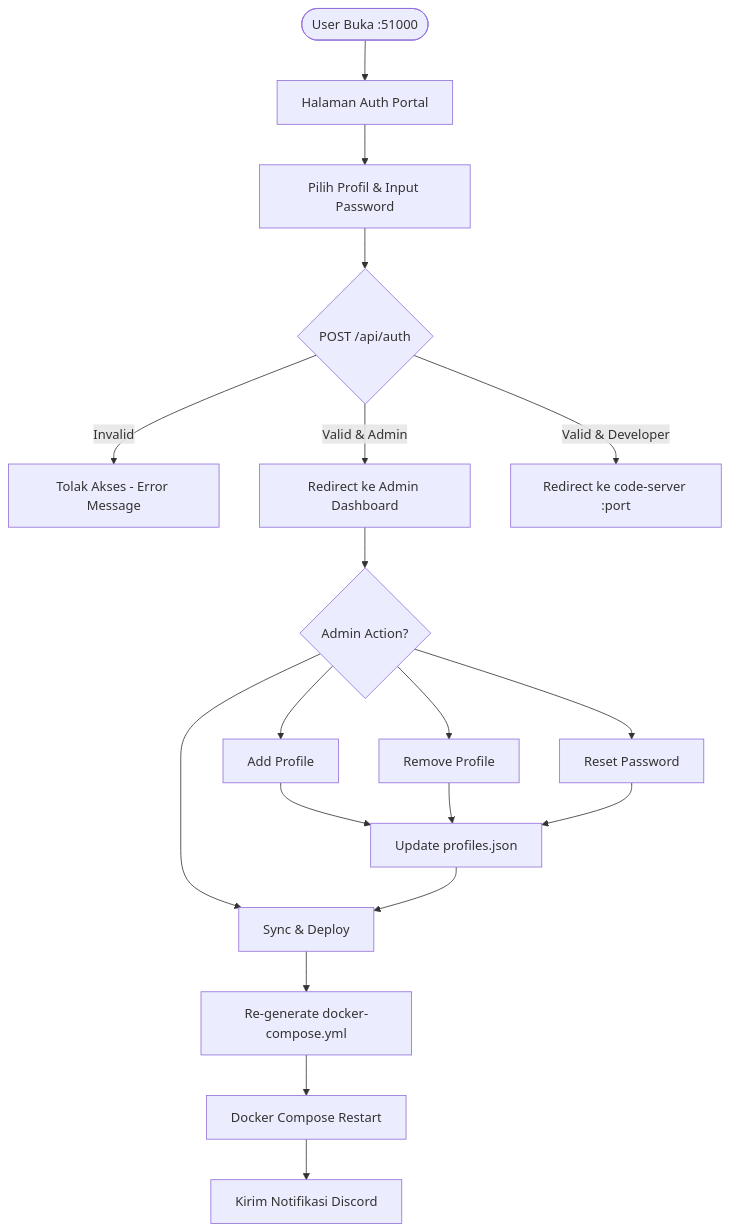
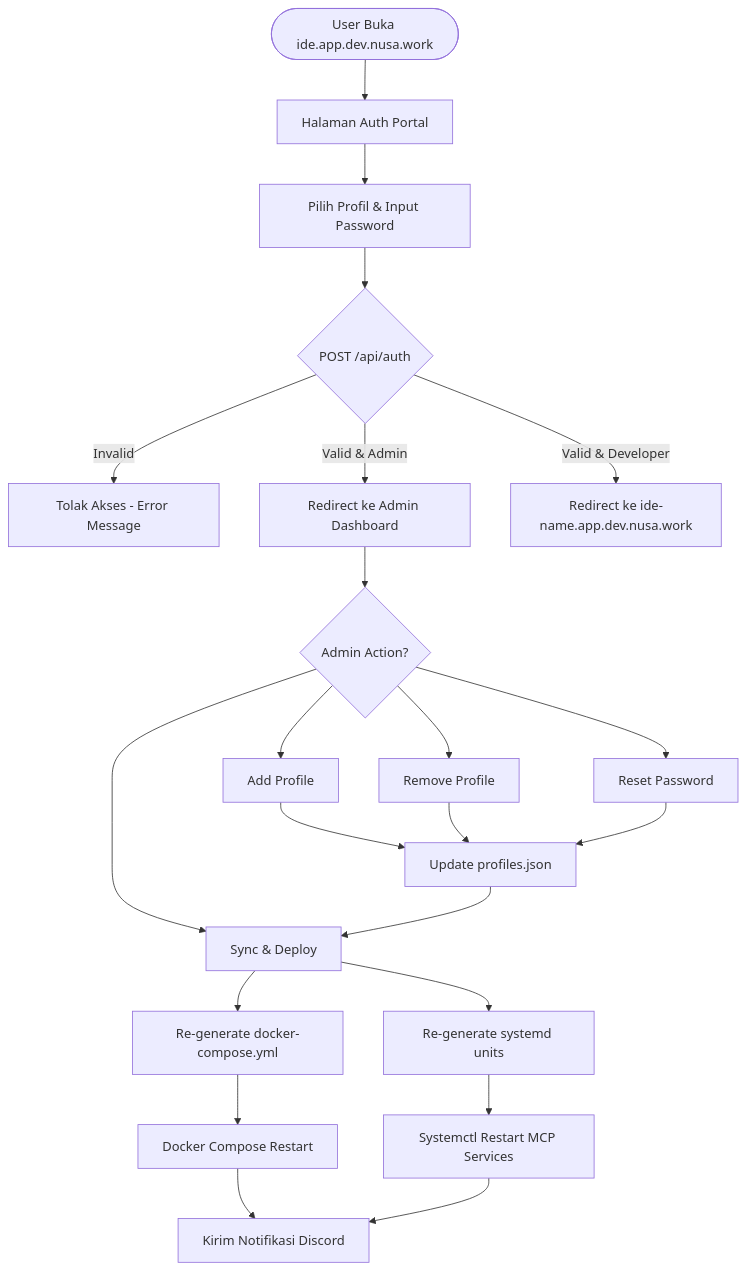
The third of 4 diagrams in PRD.md (riod94/hermes-ide), drawn with Mermaid before and after one commit. The commit also changed other lines of this file and 9 other files, not shown here.

First line of the commit message:
docs: update PRD v2.0 — hybrid architecture (Docker + standalone MCP service)

````diff
--- a/PRD.md
+++ b/PRD.md
@@ -125,21 +182,23 @@
 ```mermaid
 flowchart TD
-    Start([User Buka :51000]) --> A[Halaman Auth Portal]
+    Start([User Buka ide.app.dev.nusa.work]) --> A[Halaman Auth Portal]
     A --> B[Pilih Profil & Input Password]
     B --> C{POST /api/auth}
     C -- Invalid --> D[Tolak Akses - Error Message]
     C -- Valid & Admin --> E[Redirect ke Admin Dashboard]
-    C -- Valid & Developer --> F[Redirect ke code-server :port]
+    C -- Valid & Developer --> F[Redirect ke ide-name.app.dev.nusa.work]
     
     E --> G{Admin Action?}
     G --> H[Add Profile]
     G --> I[Remove Profile]
     G --> J[Reset Password]
     G --> K[Sync & Deploy]
     
     H & I & J --> L[Update profiles.json]
     L --> K
     K --> M[Re-generate docker-compose.yml]
+    K --> M2[Re-generate systemd units]
     M --> N[Docker Compose Restart]
-    N --> O[Kirim Notifikasi Discord]
+    M2 --> N2[Systemctl Restart MCP Services]
+    N & N2 --> O[Kirim Notifikasi Discord]
 ```
````
